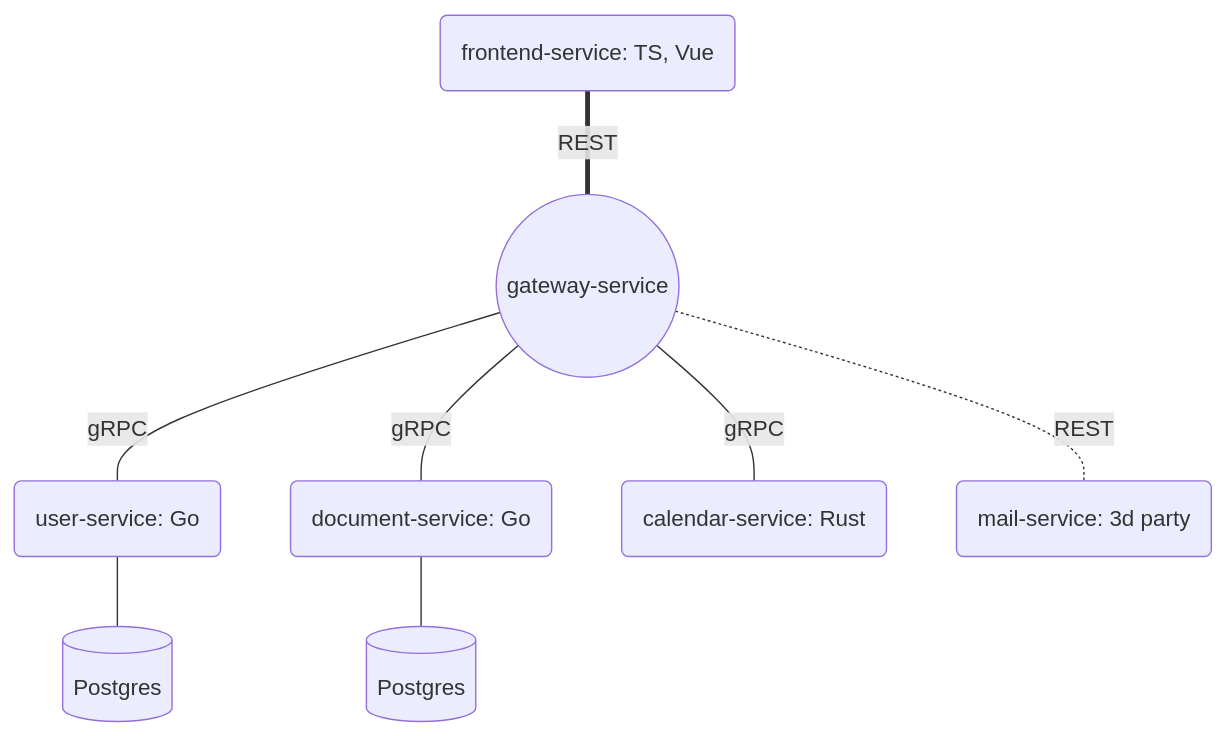
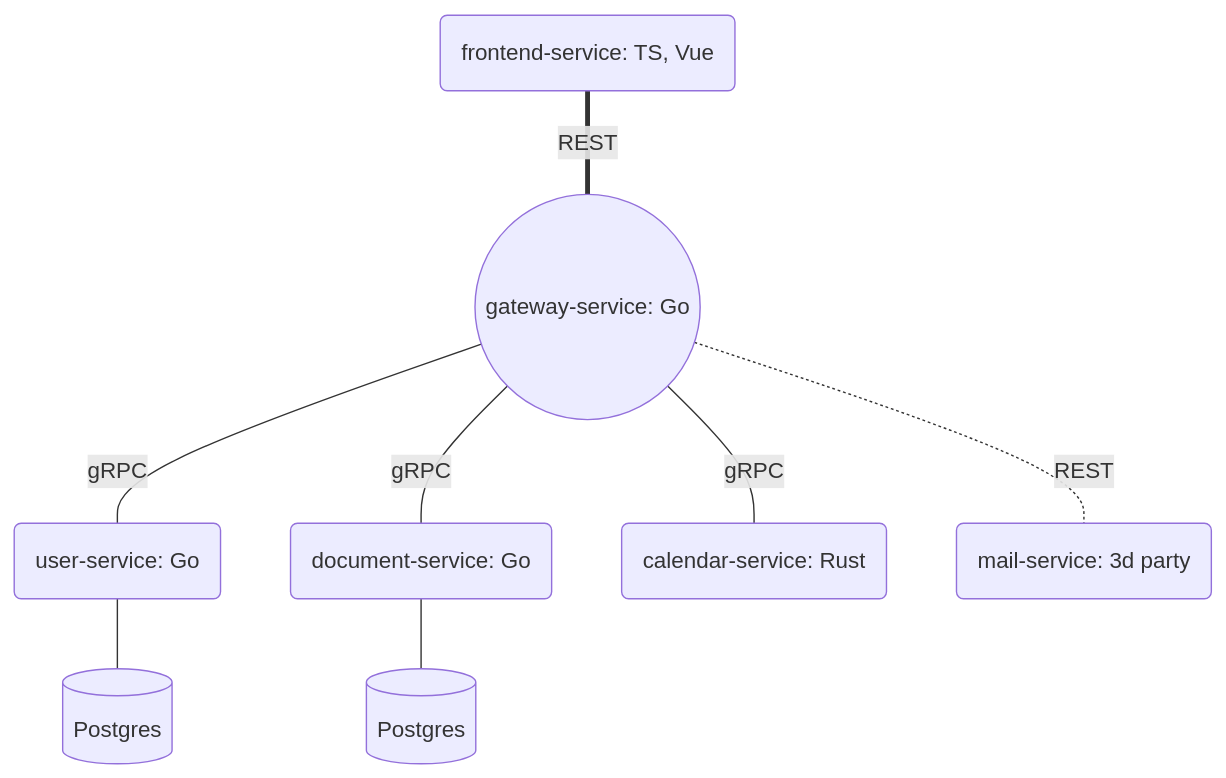
Before and after one commit to samgozman/validity.red: the diagram in README.md, drawn with Mermaid.

Commit message:
Add language reference

````diff
--- a/README.md
+++ b/README.md
@@ -5,13 +5,13 @@
 ```mermaid
 graph TB
-    A(frontend-service: TS, Vue) === |REST| B((gateway-service))
+    A(frontend-service: TS, Vue) === |REST| B((gateway-service: Go))
     B --- |gRPC| C(user-service: Go) --- F[(Postgres)]
     B --- |gRPC| D(document-service: Go) --- G[(Postgres)]
     B --- |gRPC| E(calendar-service: Rust)
     B -.- |REST| H(mail-service: 3d party)
     click A "https://github.com/samgozman/validity.red/tree/main/frontend-service" "Frontend SPA written in VueJS and TypeScript"
     click B "https://github.com/samgozman/validity.red/tree/main/gateway-service" "Gateway service written in Go"
     click C "https://github.com/samgozman/validity.red/tree/main/user-service" "Users service written in Go"
     click D "https://github.com/samgozman/validity.red/tree/main/document-service" "Documents service written in Go"
     click E "https://github.com/samgozman/validity.red/tree/main/calendar-service" "Calendar service written in Rust"
 ```
````
